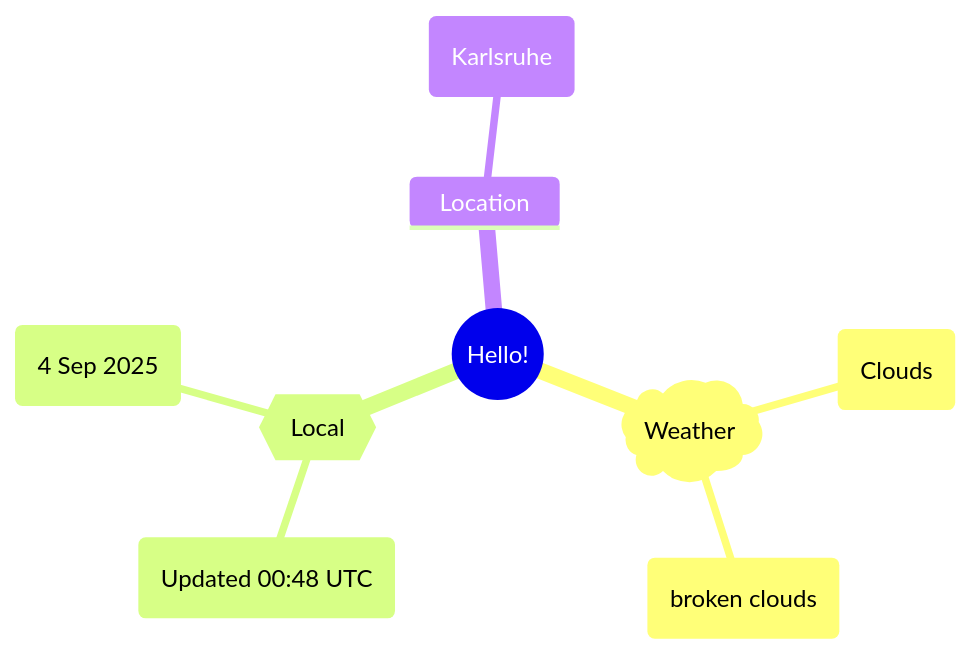
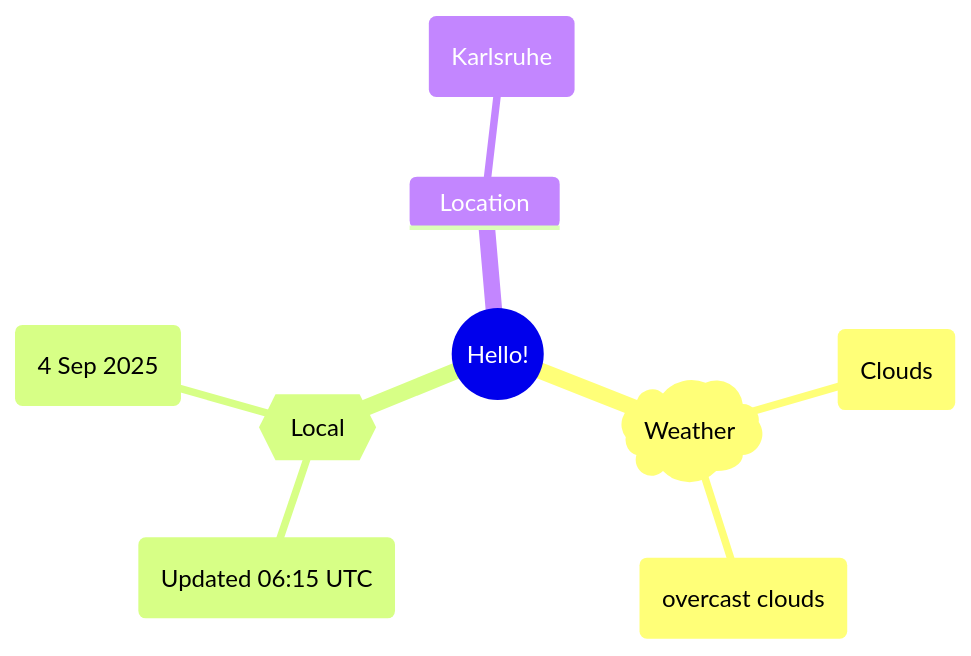
The first of 2 diagrams in README.md (Xosrov/Xosrov), drawn with Mermaid before and after one commit.

Commit message:
[bot] updated images

````diff
--- a/README.md
+++ b/README.md
@@ -3,12 +3,12 @@
 ```mermaid
 mindmap
   root((Hello!))
     )Weather(
         (Clouds)
-        (broken clouds)
+        (overcast clouds)
     {{Local}}
-        (Updated 00:48 UTC)
+        (Updated 06:15 UTC)
         (4 Sep 2025)
     Location
         (Karlsruhe)
 ```
````
